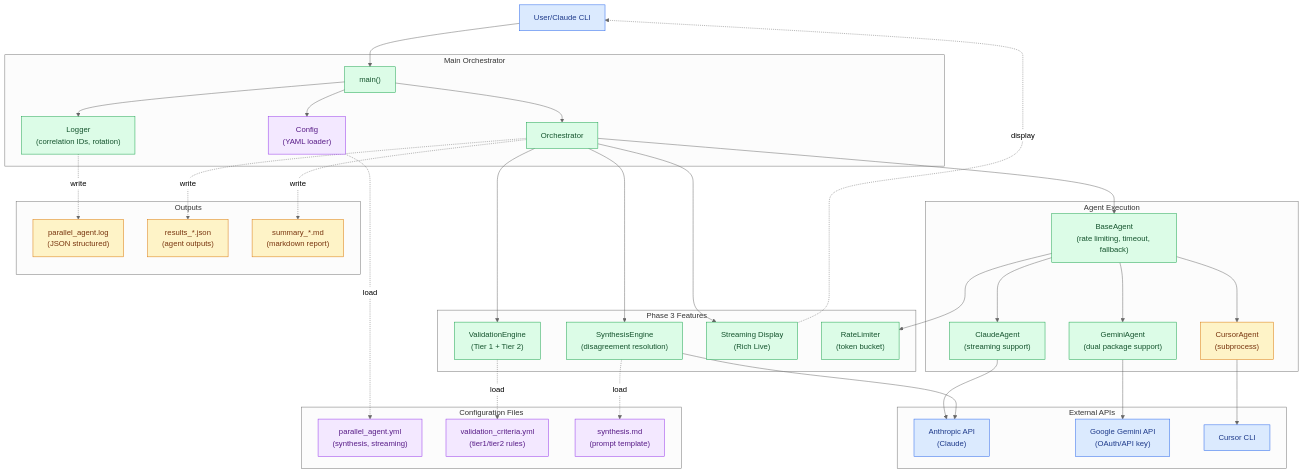
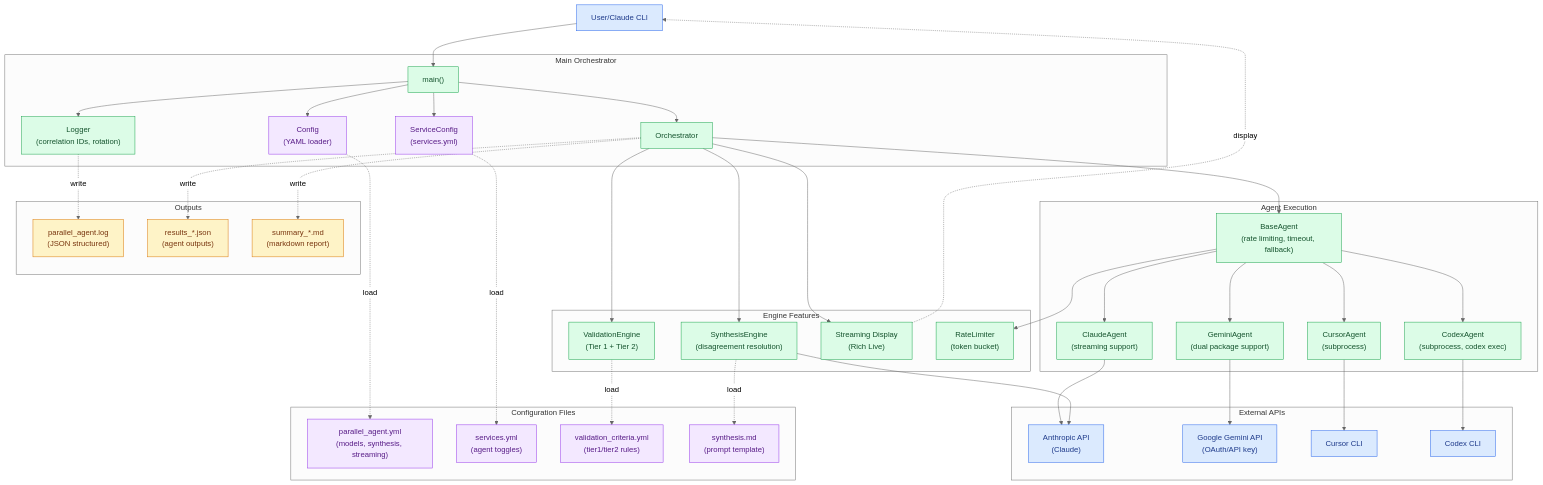
Before and after one commit to RB-chrismandich/Manifest: the second of 13 diagrams in docs/ARCHITECTURE_DIAGRAMS.md, drawn with Mermaid. The commit also changed other lines of this file and 8 other files, not shown here.

First line of the commit message:
feat: Python parallel agent feature parity with shell script

```diff
--- a/docs/ARCHITECTURE_DIAGRAMS.md
+++ b/docs/ARCHITECTURE_DIAGRAMS.md
@@ -124,6 +127,7 @@
         MAIN["main()"]:::active
         LOGGER["Logger<br/>(correlation IDs, rotation)"]:::active
         CONFIG["Config<br/>(YAML loader)"]:::config
+        SVC_CFG["ServiceConfig<br/>(services.yml)"]:::config
         ORCH["Orchestrator"]:::active
     end
 
@@ -131,10 +135,11 @@
         BASE["BaseAgent<br/>(rate limiting, timeout, fallback)"]:::active
         CLAUDE_AG["ClaudeAgent<br/>(streaming support)"]:::active
         GEMINI_AG["GeminiAgent<br/>(dual package support)"]:::active
-        CURSOR_AG["CursorAgent<br/>(subprocess)"]:::pending
+        CURSOR_AG["CursorAgent<br/>(subprocess)"]:::active
+        CODEX_AG["CodexAgent<br/>(subprocess, codex exec)"]:::active
     end
 
-    subgraph "Phase 3 Features"
+    subgraph "Engine Features"
         VALIDATE["ValidationEngine<br/>(Tier 1 + Tier 2)"]:::active
         SYNTH["SynthesisEngine<br/>(disagreement resolution)"]:::active
         STREAM["Streaming Display<br/>(Rich Live)"]:::active
@@ -145,10 +150,12 @@
         ANTHROPIC["Anthropic API<br/>(Claude)"]:::external
         GOOGLE["Google Gemini API<br/>(OAuth/API key)"]:::external
         CURSOR_CLI["Cursor CLI"]:::external
+        CODEX_CLI["Codex CLI"]:::external
     end
 
     subgraph "Configuration Files"
-        PA_YML["parallel_agent.yml<br/>(synthesis, streaming)"]:::config
+        PA_YML["parallel_agent.yml<br/>(models, synthesis, streaming)"]:::config
+        SVC_YML["services.yml<br/>(agent toggles)"]:::config
         VAL_YML["validation_criteria.yml<br/>(tier1/tier2 rules)"]:::config
         SYNTH_MD["synthesis.md<br/>(prompt template)"]:::config
     end
@@ -161,9 +168,11 @@
 
     USER --> MAIN
     MAIN --> CONFIG
+    MAIN --> SVC_CFG
     MAIN --> LOGGER
     MAIN --> ORCH
     CONFIG -.->|load| PA_YML
+    SVC_CFG -.->|load| SVC_YML
     LOGGER -.->|write| LOGS
 
     ORCH --> VALIDATE
@@ -175,10 +184,12 @@
     BASE --> CLAUDE_AG
     BASE --> GEMINI_AG
     BASE --> CURSOR_AG
+    BASE --> CODEX_AG
 
     CLAUDE_AG --> ANTHROPIC
     GEMINI_AG --> GOOGLE
     CURSOR_AG --> CURSOR_CLI
+    CODEX_AG --> CODEX_CLI
 
     VALIDATE -.->|load| VAL_YML
     SYNTH -.->|load| SYNTH_MD
```
